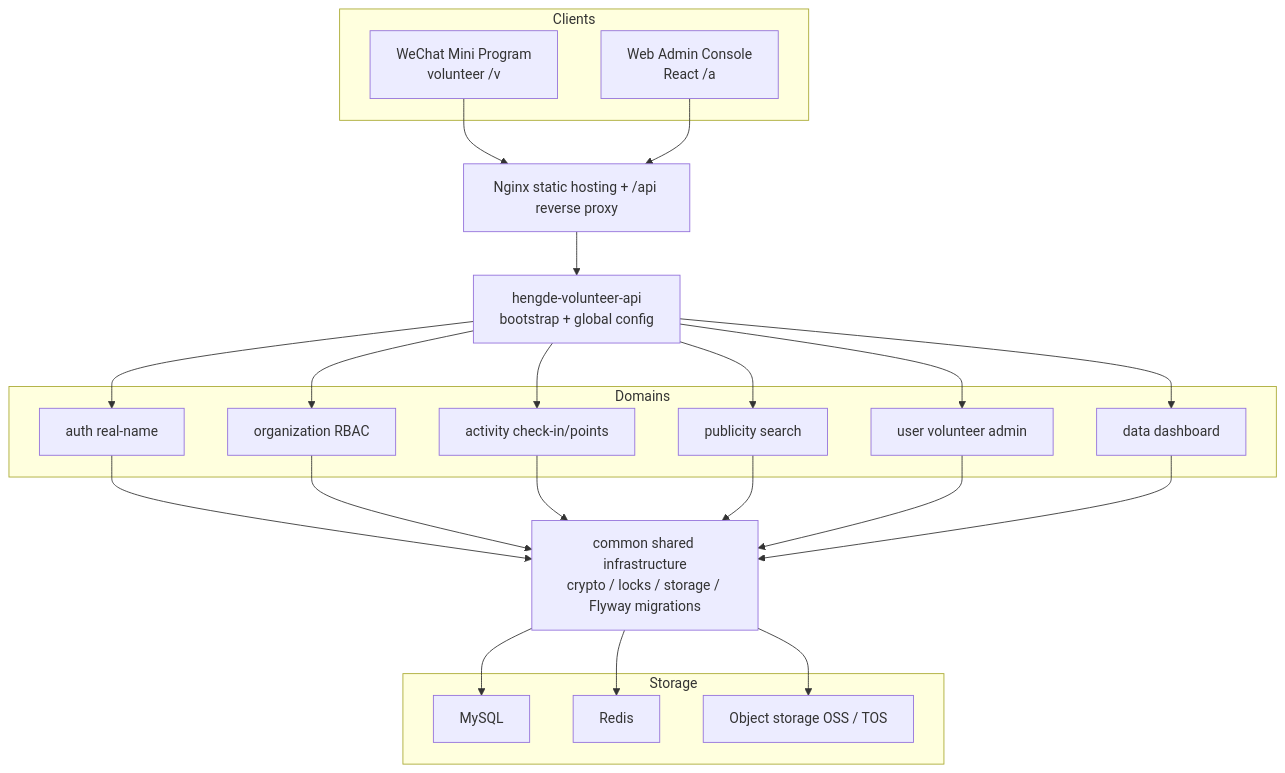
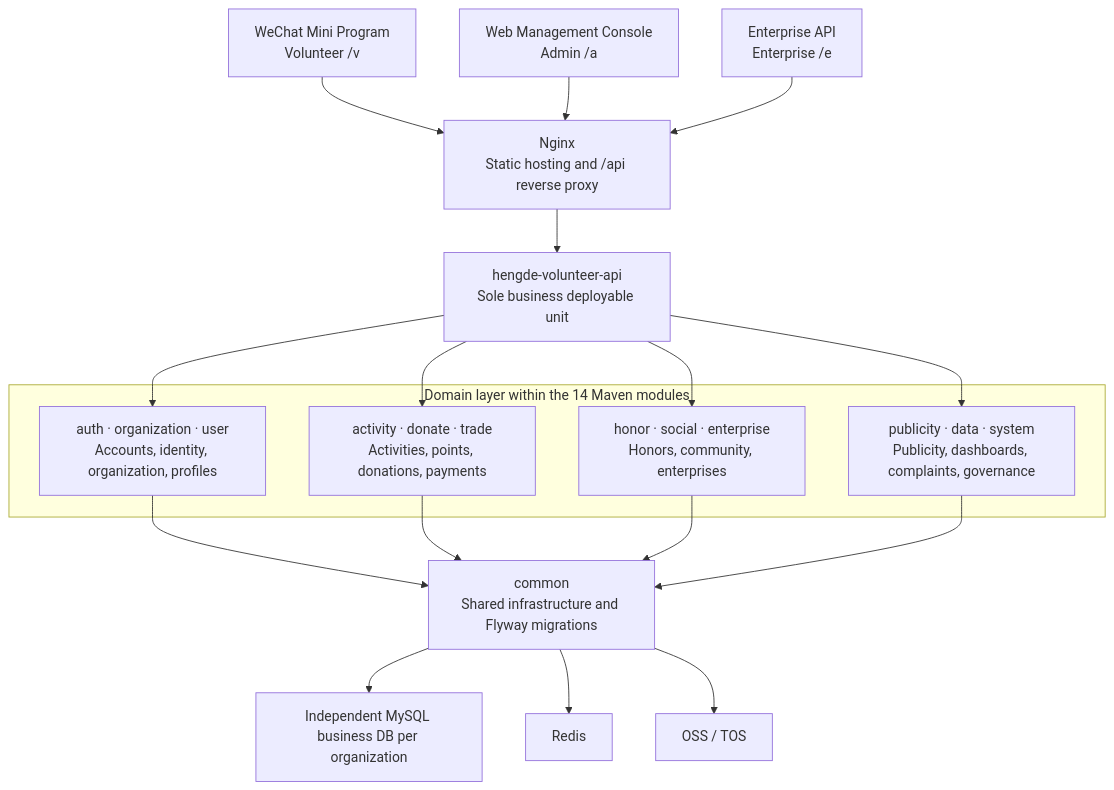
Before and after one commit to 3435986347-spec/volunteerplatform: the diagram in README.en.md, drawn with Mermaid. The commit also changed other lines of this file and 1 other file, not shown here.

````diff
--- a/README.en.md
+++ b/README.en.md
@@ -102,45 +93,36 @@
 ```mermaid
 graph TD
-    NGINX["Nginx static hosting + /api reverse proxy"]
-    CFG["hengde-volunteer-api<br/>bootstrap + global config"]
-    COMMON["common shared infrastructure<br/>crypto / locks / storage / Flyway migrations"]
+    MP["WeChat Mini Program<br/>Volunteer /v"]
+    ADMIN["Web Management Console<br/>Admin /a"]
+    ENT["Enterprise API<br/>Enterprise /e"]
+    NGINX["Nginx<br/>Static hosting and /api reverse proxy"]
+    API["hengde-volunteer-api<br/>Sole business deployable unit"]
 
-    subgraph Clients
-      MP["WeChat Mini Program<br/>volunteer /v"]
-      ADMIN["Web Admin Console<br/>React /a"]
+    subgraph DOMAIN["Domain layer within the 14 Maven modules"]
+      CORE["auth · organization · user<br/>Accounts, identity, organization, profiles"]
+      BIZ["activity · donate · trade<br/>Activities, points, donations, payments"]
+      GOV["honor · social · enterprise<br/>Honors, community, enterprises"]
+      OPS["publicity · data · system<br/>Publicity, dashboards, complaints, governance"]
     end
 
-    subgraph Domains
-      AUTH["auth real-name"]
-      ORG["organization RBAC"]
-      ACT["activity check-in/points"]
-      PUB["publicity search"]
-      USER["user volunteer admin"]
-      DATA["data dashboard"]
-    end
-
-    subgraph Storage
-      MYSQL["MySQL"]
-      REDIS["Redis"]
-      OSS["Object storage OSS / TOS"]
-    end
+    COMMON["common<br/>Shared infrastructure and Flyway migrations"]
+    MYSQL["Independent MySQL business DB per organization"]
+    REDIS["Redis"]
+    OSS["OSS / TOS"]
 
     MP --> NGINX
     ADMIN --> NGINX
-    NGINX --> CFG
-    CFG --> AUTH
-    CFG --> ORG
-    CFG --> ACT
-    CFG --> PUB
-    CFG --> USER
-    CFG --> DATA
-    AUTH --> COMMON
-    ORG --> COMMON
-    ACT --> COMMON
-    PUB --> COMMON
-    USER --> COMMON
-    DATA --> COMMON
+    ENT --> NGINX
+    NGINX --> API
+    API --> CORE
+    API --> BIZ
+    API --> GOV
+    API --> OPS
+    CORE --> COMMON
+    BIZ --> COMMON
+    GOV --> COMMON
+    OPS --> COMMON
     COMMON --> MYSQL
     COMMON --> REDIS
     COMMON --> OSS
 ```
````
